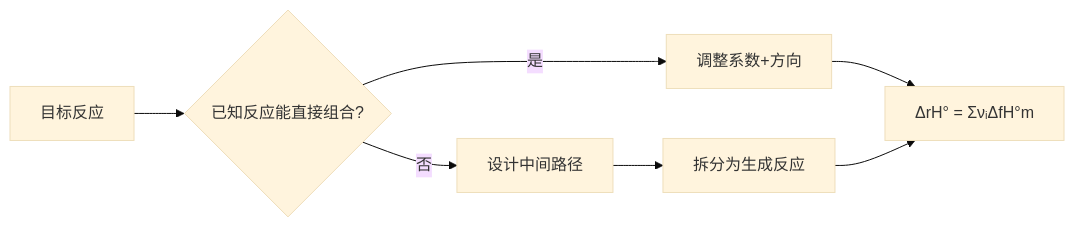
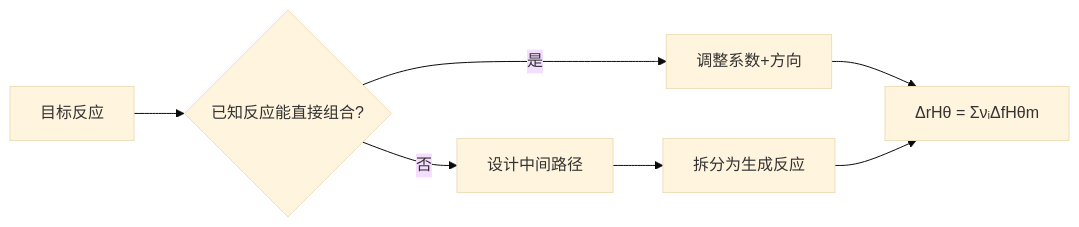
Before and after one commit to shikieiki692/nation: the second of 2 diagrams in 04-专题与题型/专题/专题-化学热力学.md, drawn with Mermaid (base theme). The commit also changed other lines of this file and 508 other files, not shown here.

````diff
--- a/04-专题与题型/专题/专题-化学热力学.md
+++ b/04-专题与题型/专题/专题-化学热力学.md
@@ -86,9 +86,9 @@
 ```mermaid
 graph LR
     A[目标反应] --> B{已知反应能直接组合?}
     B -->|是| C[调整系数+方向]
     B -->|否| D[设计中间路径]
-    C --> E[ΔrH° = ΣνᵢΔfH°m]
+    C --> E[ΔrHθ = ΣνᵢΔfHθm]
     D --> F[拆分为生成反应]
     F --> E
 ```
````
